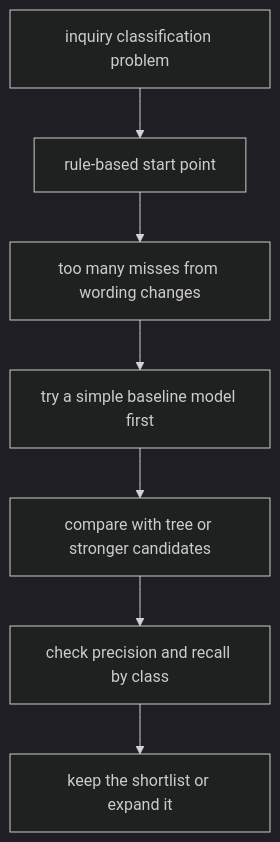
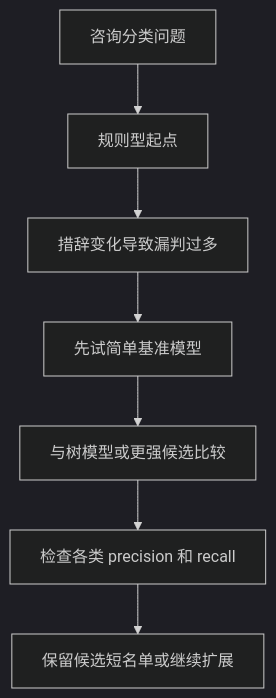
One commit to devchan64/AiBook changed the third of 3 diagrams in docs/zh/parts/part-04/chapter-03/section-02.md. Above: the diagram before and after it, drawn with Mermaid (dark theme). The commit also changed other lines of this file and 11 other files, not shown here.

````diff
--- a/docs/zh/parts/part-04/chapter-03/section-02.md
+++ b/docs/zh/parts/part-04/chapter-03/section-02.md
@@ -202,13 +202,13 @@
 ```mermaid
 flowchart TD
-  A["inquiry classification problem"]
-  B["rule-based start point"]
-  C["too many misses from wording changes"]
-  D["try a simple baseline model first"]
-  E["compare with tree or stronger candidates"]
-  F["check precision and recall by class"]
-  G["keep the shortlist or expand it"]
+  A["咨询分类问题"]
+  B["规则型起点"]
+  C["措辞变化导致漏判过多"]
+  D["先试简单基准模型"]
+  E["与树模型或更强候选比较"]
+  F["检查各类 precision 和 recall"]
+  G["保留候选短名单或继续扩展"]
 
   A --> B --> C
   C --> D --> E --> F --> G
 ```
````
